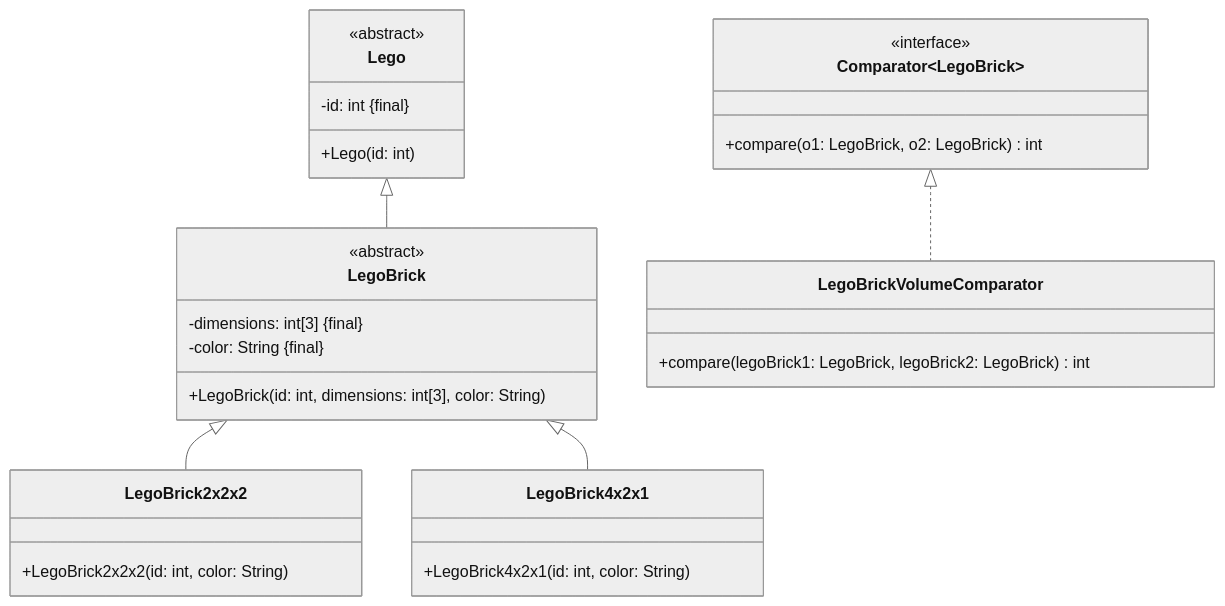
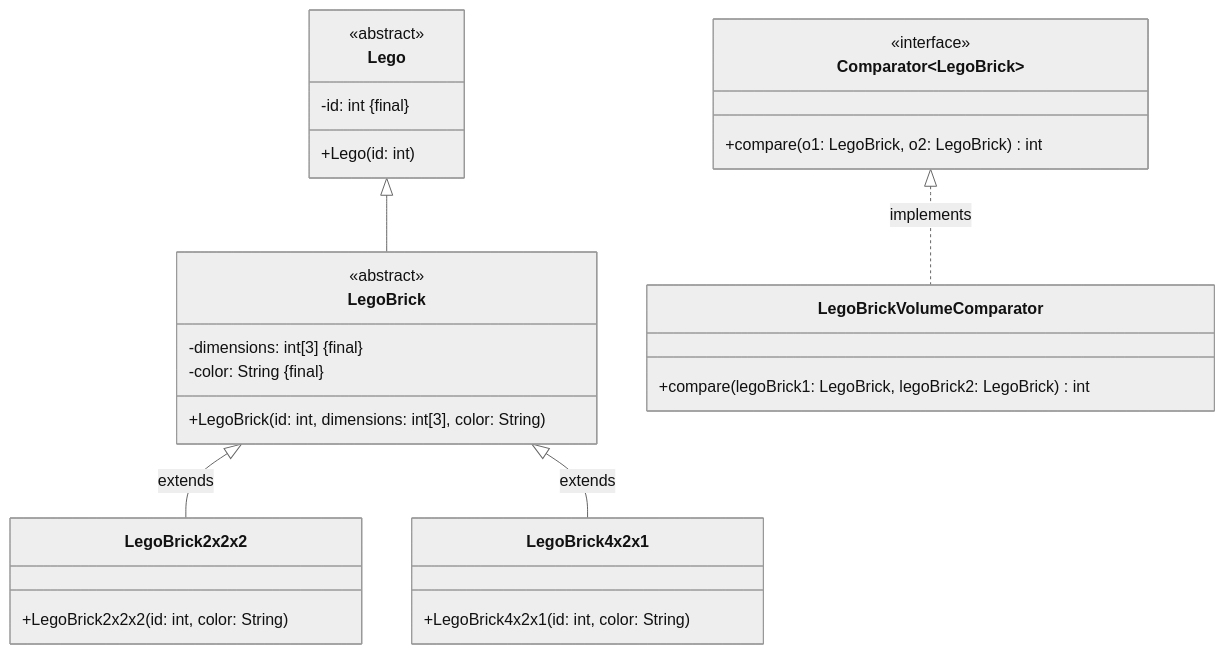
One commit to jappuccini/java-docs changed the diagram in docs/exam-exercises/exam-exercises-java2/lego-brick.md. Above: the diagram before and after it, drawn with Mermaid (neutral theme). The commit also changed 36 other files, not shown here.

````diff
--- a/docs/exam-exercises/exam-exercises-java2/lego-brick.md
+++ b/docs/exam-exercises/exam-exercises-java2/lego-brick.md
@@ -12,37 +12,37 @@
 ```mermaid
 classDiagram
     Lego <|-- LegoBrick
-    LegoBrick <|-- LegoBrick2x2x2
-    LegoBrick <|-- LegoBrick4x2x1
-    Comparator~LegoBrick~ <|.. LegoBrickVolumeComparator
+    LegoBrick <|-- LegoBrick2x2x2 : extends
+    LegoBrick <|-- LegoBrick4x2x1 : extends
+    Comparator~LegoBrick~ <|.. LegoBrickVolumeComparator : implements
 
     class Lego {
         <<abstract>>
         -id: int &#123final&#125
         +Lego(id: int)
     }
 
     class LegoBrick {
         <<abstract>>
         -dimensions: int[3] &#123final&#125
         -color: String &#123final&#125
         +LegoBrick(id: int, dimensions: int[3], color: String)
     }
 
     class LegoBrick2x2x2 {
         +LegoBrick2x2x2(id: int, color: String)
     }
 
     class LegoBrick4x2x1 {
         +LegoBrick4x2x1(id: int, color: String)
     }
 
     class Comparator~LegoBrick~ {
         <<interface>>
         +compare(o1: LegoBrick, o2: LegoBrick) int
     }
 
     class LegoBrickVolumeComparator {
         +compare(legoBrick1: LegoBrick, legoBrick2: LegoBrick) int
     }
 ```
````
